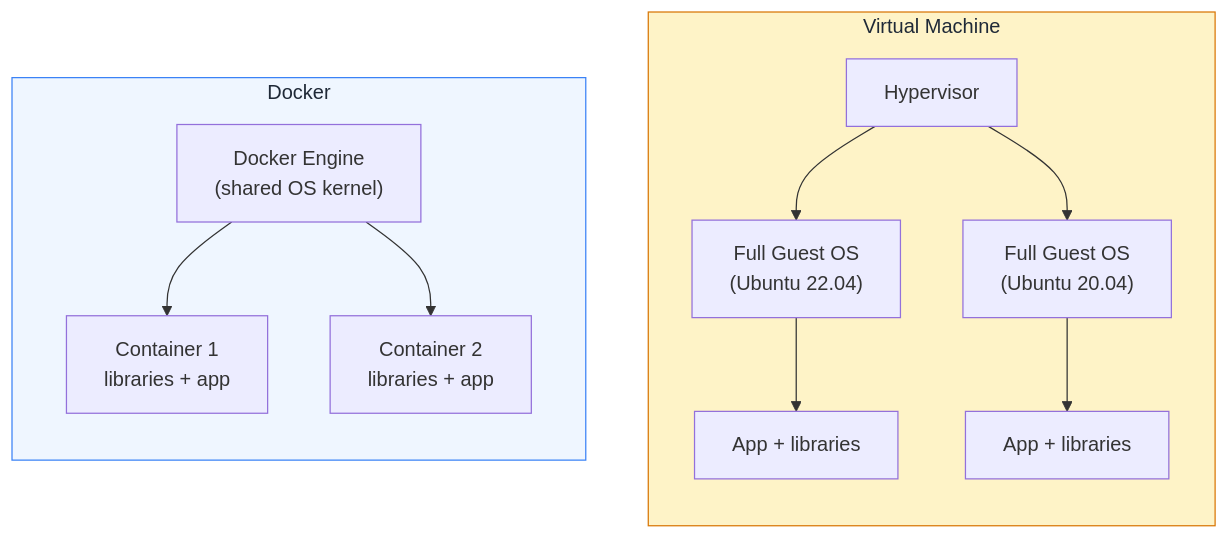
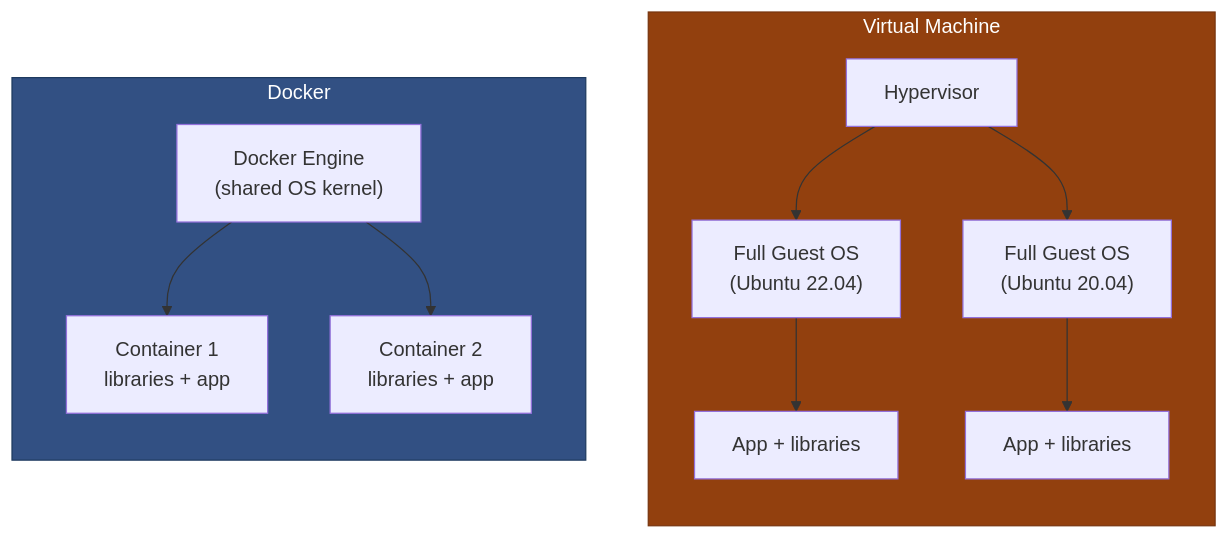
The second of 8 diagrams in docs/docker-containers.md (Ch3w3y/docker_gcp), drawn with Mermaid before and after one commit. The commit also changed other lines of this file and 8 other files, not shown here.

First line of the commit message:
fix(a11y): replace all pastel Mermaid fills with PHW-aligned semantic palette

````diff
--- a/docs/docker-containers.md
+++ b/docs/docker-containers.md
@@ -86,21 +86,21 @@
 ```mermaid
 flowchart TD
     subgraph VM["Virtual Machine"]
         direction TB
         HYP["Hypervisor"]
         HYP --> GOS1["Full Guest OS<br/>(Ubuntu 22.04)"]
         HYP --> GOS2["Full Guest OS<br/>(Ubuntu 20.04)"]
         GOS1 --> APP1["App + libraries"]
         GOS2 --> APP2["App + libraries"]
     end
 
     subgraph CON["Docker"]
         direction TB
         DE["Docker Engine<br/>(shared OS kernel)"]
         DE --> C1["Container 1<br/>libraries + app"]
         DE --> C2["Container 2<br/>libraries + app"]
     end
 
-    style VM fill:#fef3c7,stroke:#d97706,color:#1f2937
-    style CON fill:#eff6ff,stroke:#3b82f6,color:#1f2937
+    style VM fill:#92400e,stroke:#78350f,color:#ffffff
+    style CON fill:#325083,stroke:#1e3a5f,color:#ffffff
 ```
````
